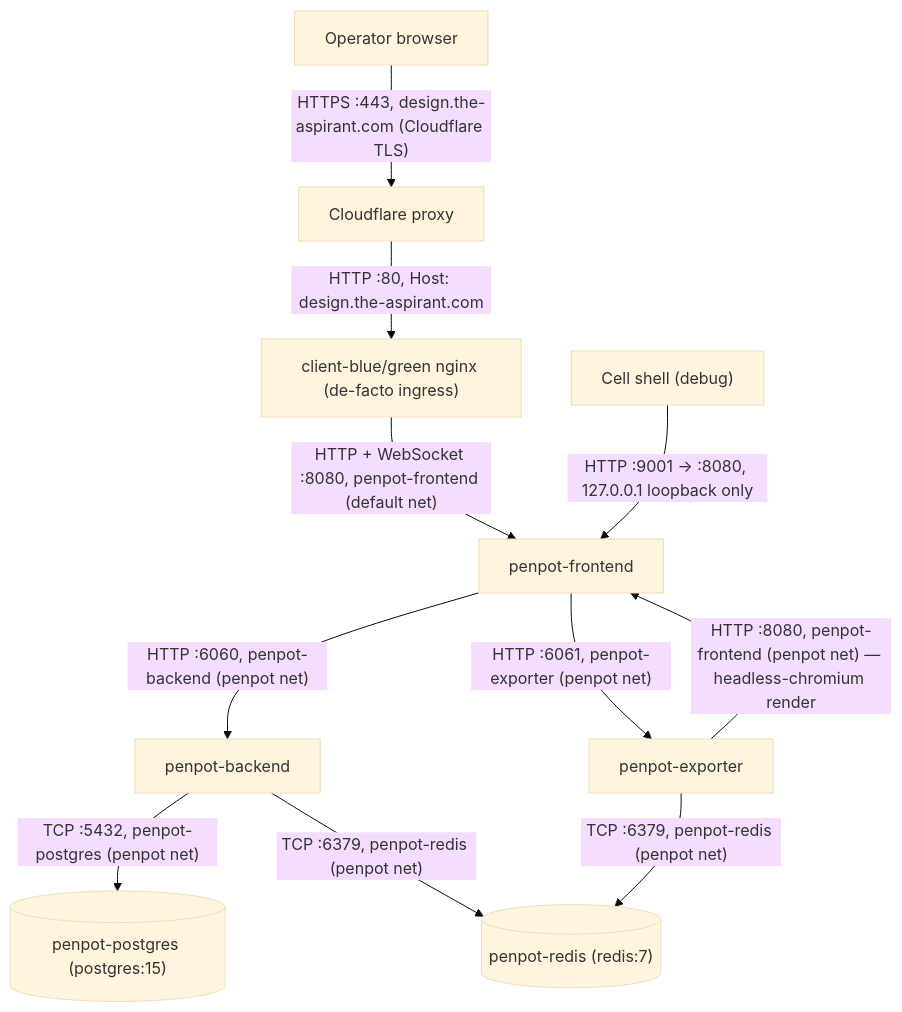
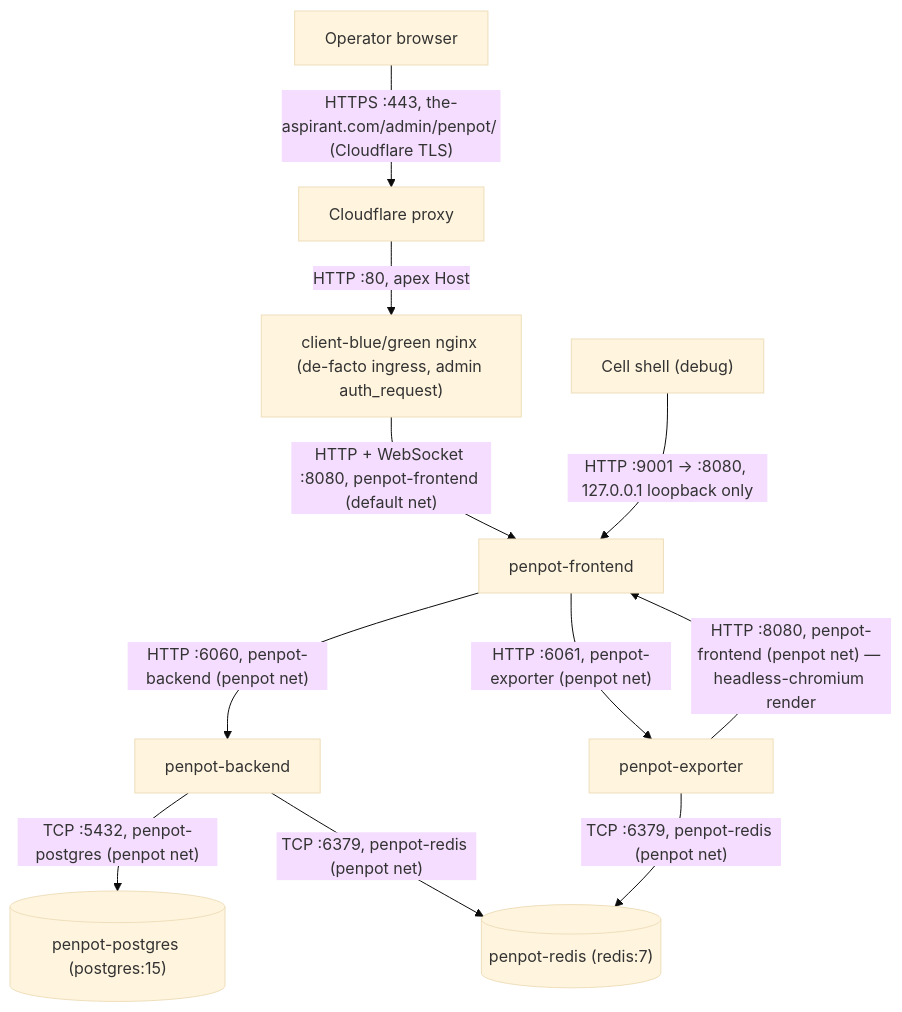
The diagram in docs/PENPOT_ARCHITECTURE.md (the-anonymous-aspirant/aspirant-deploy), drawn with Mermaid (base theme) before and after one commit. The commit also changed other lines of this file and 3 other files, not shown here.

First line of the commit message:
Point Penpot public URI at the apex admin path (#46)

````diff
--- a/docs/PENPOT_ARCHITECTURE.md
+++ b/docs/PENPOT_ARCHITECTURE.md
@@ -10,13 +10,13 @@
 ```mermaid
 flowchart TD
-    Browser["Operator browser"] -->|"HTTPS :443, design.the-aspirant.com (Cloudflare TLS)"| CF["Cloudflare proxy"]
-    CF -->|"HTTP :80, Host: design.the-aspirant.com"| NGINX["client-blue/green nginx (de-facto ingress)"]
+    Browser["Operator browser"] -->|"HTTPS :443, the-aspirant.com/admin/penpot/ (Cloudflare TLS)"| CF["Cloudflare proxy"]
+    CF -->|"HTTP :80, apex Host"| NGINX["client-blue/green nginx (de-facto ingress, admin auth_request)"]
     NGINX -->|"HTTP + WebSocket :8080, penpot-frontend (default net)"| FE["penpot-frontend"]
     FE -->|"HTTP :6060, penpot-backend (penpot net)"| BE["penpot-backend"]
     FE -->|"HTTP :6061, penpot-exporter (penpot net)"| EX["penpot-exporter"]
     BE -->|"TCP :5432, penpot-postgres (penpot net)"| PG[("penpot-postgres (postgres:15)")]
     BE -->|"TCP :6379, penpot-redis (penpot net)"| RD[("penpot-redis (redis:7)")]
     EX -->|"TCP :6379, penpot-redis (penpot net)"| RD
     EX -->|"HTTP :8080, penpot-frontend (penpot net) — headless-chromium render"| FE
     Cell["Cell shell (debug)"] -->|"HTTP :9001 → :8080, 127.0.0.1 loopback only"| FE
 ```
````
